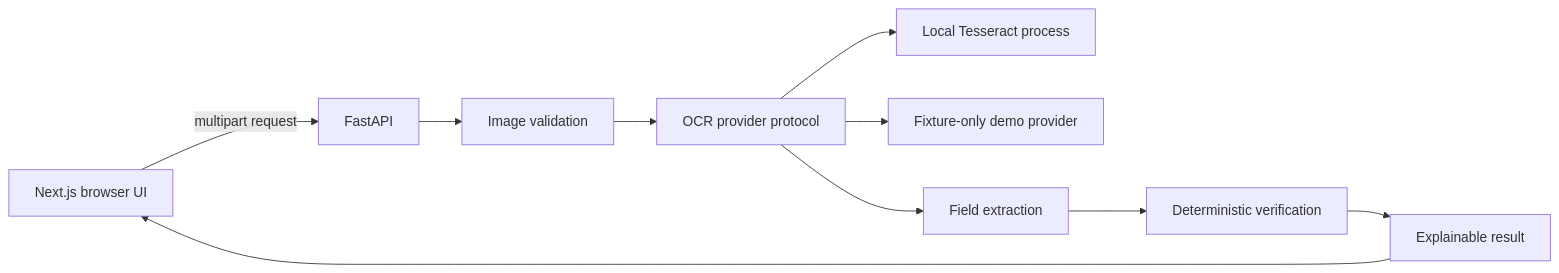
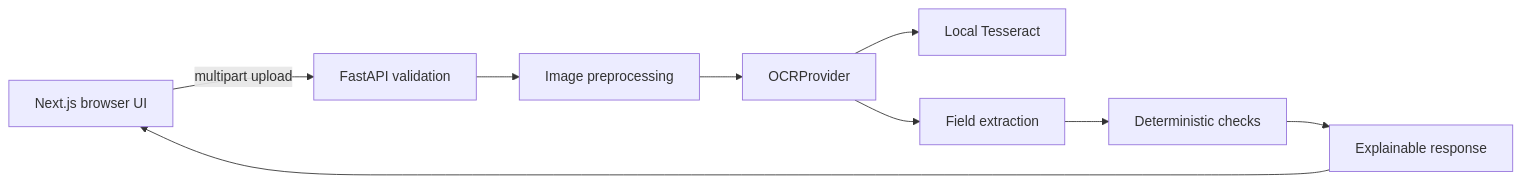
Before and after one commit to evrimakgul/labelguard-ai: the diagram in README.md, drawn with Mermaid. The commit also changed other lines of this file and 14 other files, not shown here.

````diff
--- a/README.md
+++ b/README.md
@@ -42,12 +40,11 @@
 ```mermaid
 flowchart LR
-    B[Next.js browser UI] -->|multipart request| A[FastAPI]
-    A --> I[Image validation]
-    I --> O[OCR provider protocol]
-    O --> T[Local Tesseract process]
-    O --> D[Fixture-only demo provider]
+    B[Next.js browser UI] -->|multipart upload| A[FastAPI validation]
+    A --> P[Image preprocessing]
+    P --> O[OCRProvider]
+    O --> T[Local Tesseract]
     O --> E[Field extraction]
-    E --> V[Deterministic verification]
-    V --> R[Explainable result]
+    E --> V[Deterministic checks]
+    V --> R[Explainable response]
     R --> B
 ```
````
